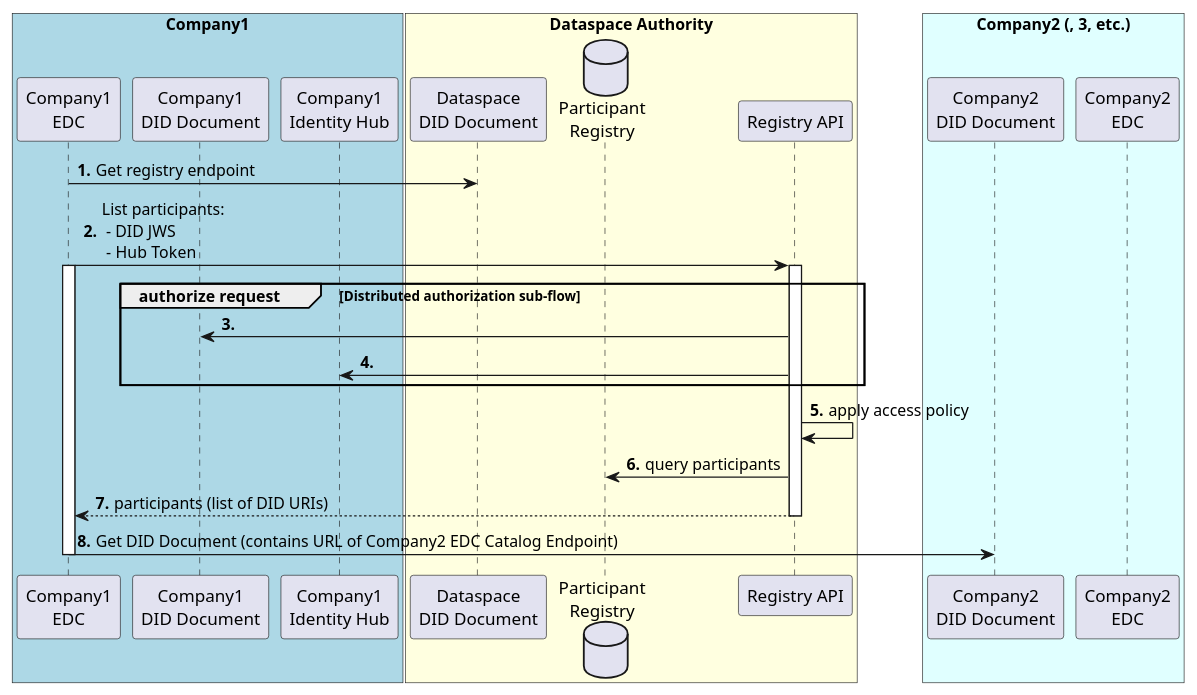
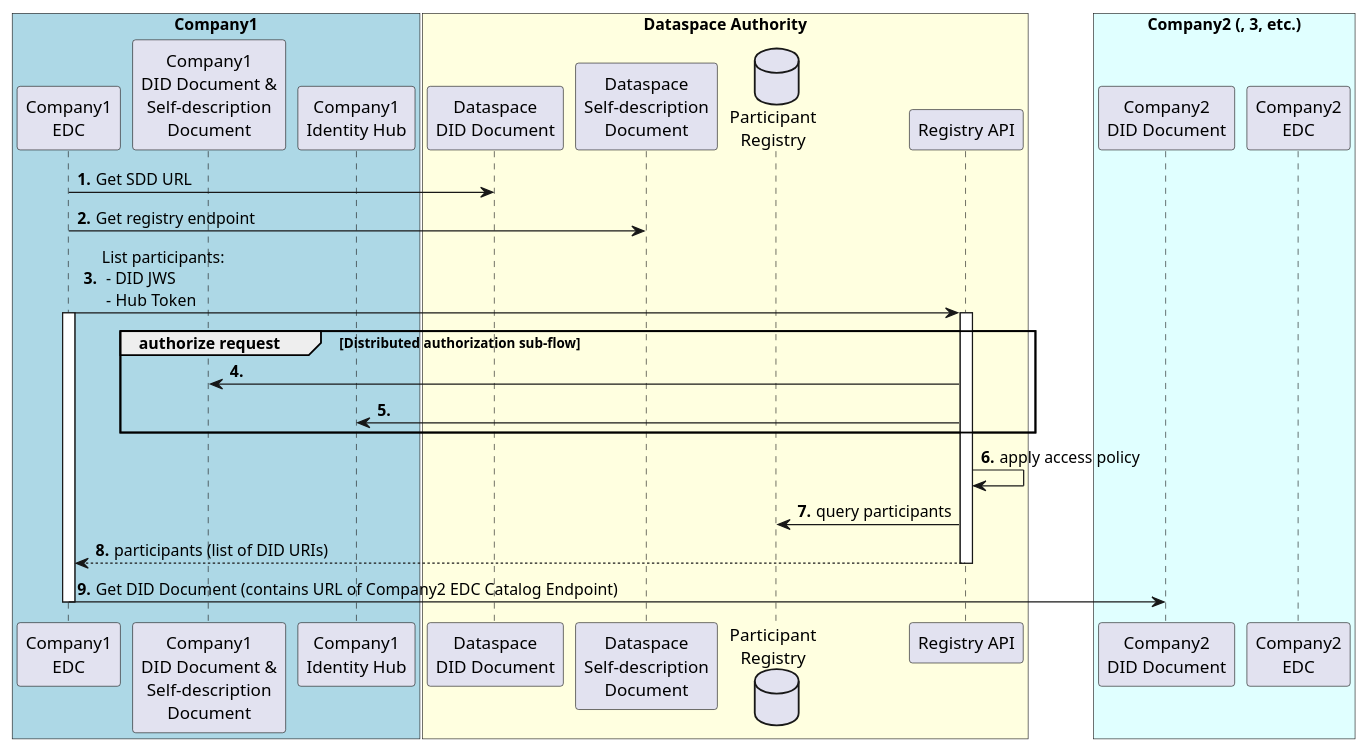
One commit to agera-edc/MinimumViableDataspaceOld changed the diagram in docs/developer/decision-records/2022-05-10-dataspace-communication/list-participants.puml. Above: the diagram before and after it, drawn with PlantUML. The commit also changed 6 other files, not shown here.

Commit message:
Added self-description document

```diff
--- a/docs/developer/decision-records/2022-05-10-dataspace-communication/list-participants.puml
+++ b/docs/developer/decision-records/2022-05-10-dataspace-communication/list-participants.puml
@@ -1,31 +1,33 @@
 @startuml
 autonumber "<b>0'.'"
 box "Company1" #LightBlue
 Participant "Company1\nEDC" as Company1
-Participant "Company1\nDID Document" as DID1
+Participant "Company1\nDID Document &\nSelf-description\nDocument" as DID1
 Participant "Company1\nIdentity Hub" as IDHUB1
 end box
 box "Dataspace Authority" #LightYellow
 Participant "Dataspace\nDID Document" as DID0
+Participant "Dataspace\nSelf-description\nDocument" as SDD0
 Database "Participant\nRegistry" as Registry
 Participant "Registry API" as RAPI
 end box
 box "Company2 (, 3, etc.)" #LightCyan
 Participant "Company2\nDID Document" as DID2
 Participant "Company2\nEDC" as Company2
 end box
 
-Company1 -> DID0: Get registry endpoint
+Company1 -> DID0: Get SDD URL
+Company1 -> SDD0: Get registry endpoint
 Company1 -> RAPI ++: List participants:\n - DID JWS\n - Hub Token
 activate Company1
 group authorize request [Distributed authorization sub-flow]
   RAPI -> DID1
   RAPI -> IDHUB1
 end
 RAPI -> RAPI: apply access policy
 RAPI -> Registry: query participants
 return participants (list of DID URIs)
 Company1 -> DID2: Get DID Document (contains URL of Company2 EDC Catalog Endpoint)
 deactivate Company1
 
 @enduml
```
